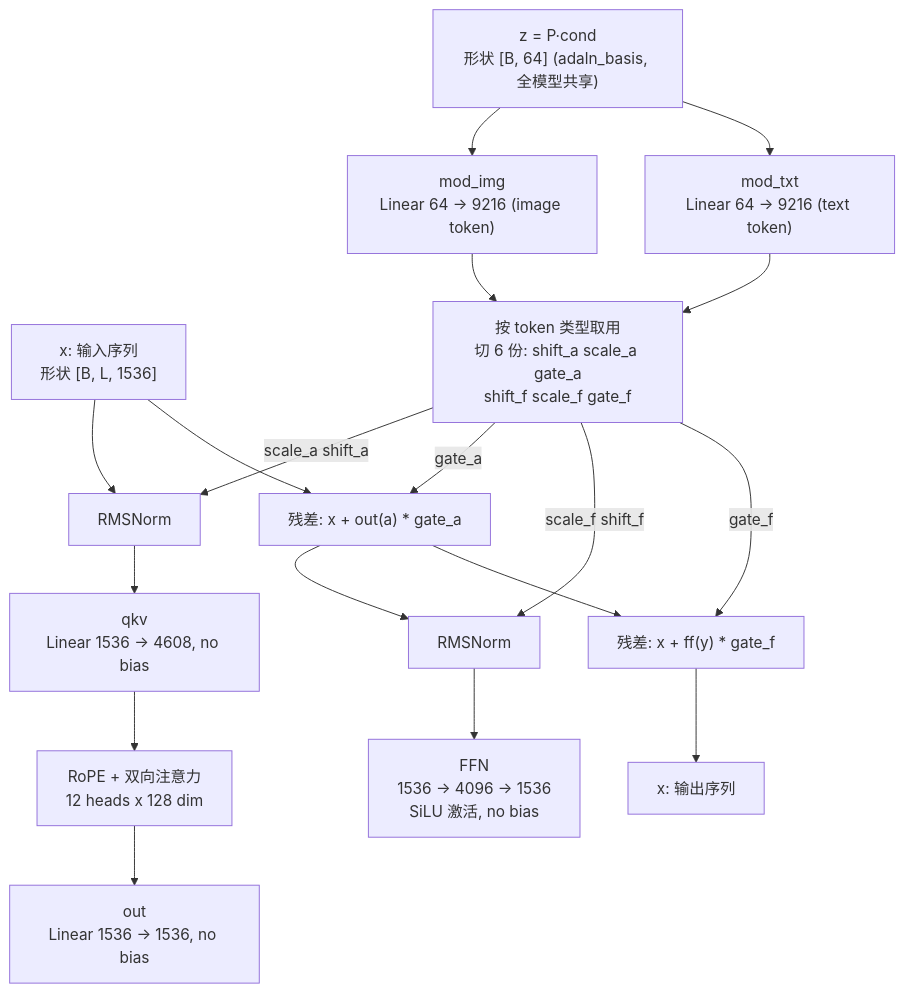
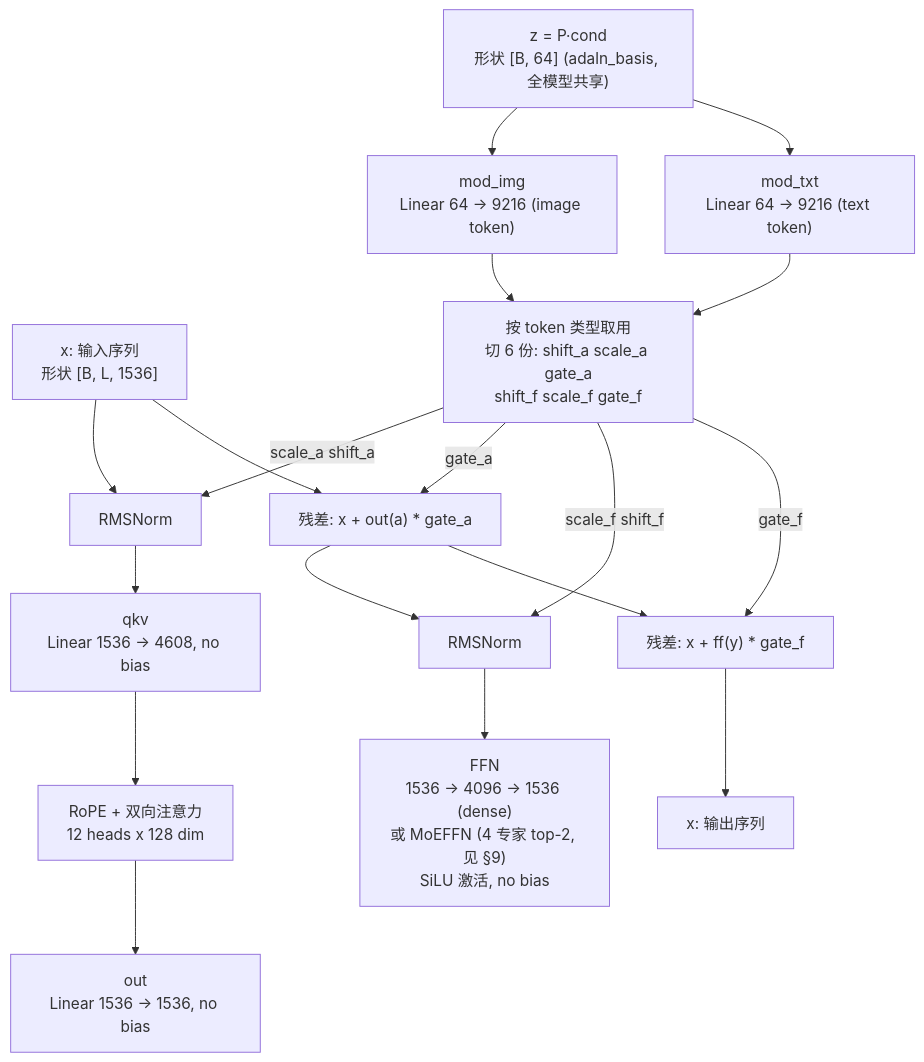
Before and after one commit to Yvonne-OH/OpenUniDit: the third of 3 diagrams in docs/giga_exp_architecture.md, drawn with Mermaid. The commit also changed other lines of this file and 4 other files, not shown here.

````diff
--- a/docs/giga_exp_architecture.md
+++ b/docs/giga_exp_architecture.md
@@ -126,20 +128,20 @@
 ```mermaid
 flowchart TB
     IN["x: 输入序列<br/>形状 [B, L, 1536]"] --> N1["RMSNorm"]
     Z["z = P·cond<br/>形状 [B, 64] (adaln_basis, 全模型共享)"] --> MI["mod_img<br/>Linear 64 -> 9216 (image token)"]
     Z --> MT["mod_txt<br/>Linear 64 -> 9216 (text token)"]
     MI --> M["按 token 类型取用<br/>切 6 份: shift_a scale_a gate_a<br/>shift_f scale_f gate_f"]
     MT --> M
     M -->|"scale_a shift_a"| N1
     N1 --> QKV["qkv<br/>Linear 1536 -> 4608, no bias"]
     QKV --> ATT["RoPE + 双向注意力<br/>12 heads x 128 dim"]
     ATT --> AO["out<br/>Linear 1536 -> 1536, no bias"]
     M -->|gate_a| ARES["残差: x + out(a) * gate_a"]
     IN --> ARES
     ARES --> N2["RMSNorm"]
     M -->|"scale_f shift_f"| N2
-    N2 --> FF["FFN<br/>1536 -> 4096 -> 1536<br/>SiLU 激活, no bias"]
+    N2 --> FF["FFN<br/>1536 -> 4096 -> 1536 (dense)<br/>或 MoEFFN (4 专家 top-2, 见 §9)<br/>SiLU 激活, no bias"]
     M -->|gate_f| FRES["残差: x + ff(y) * gate_f"]
     ARES --> FRES
     FRES --> NEXT["x: 输出序列"]
 ```
````
